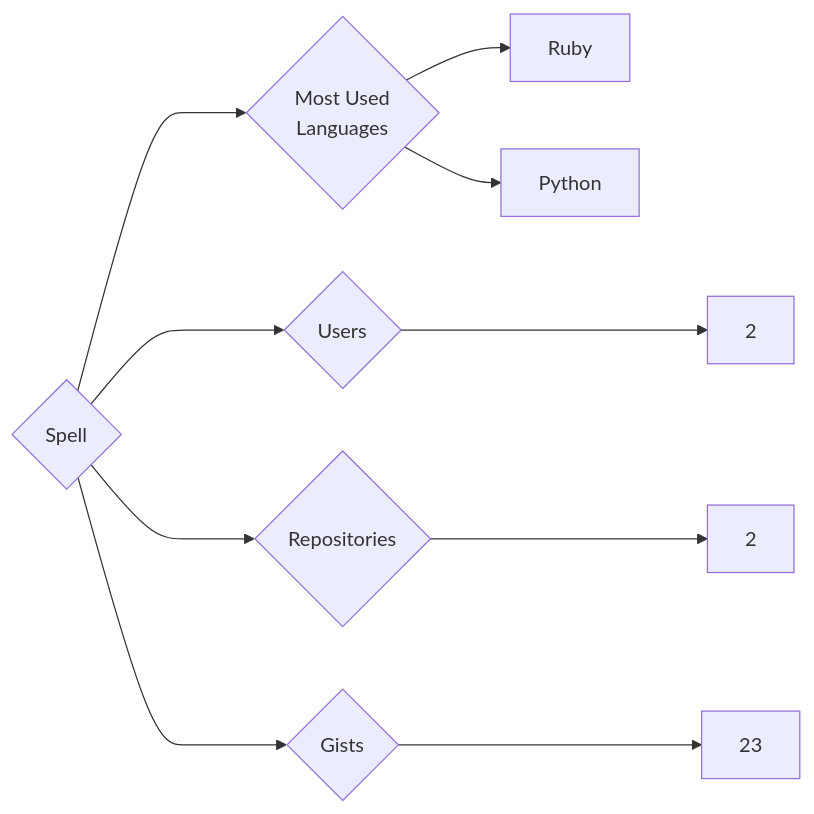
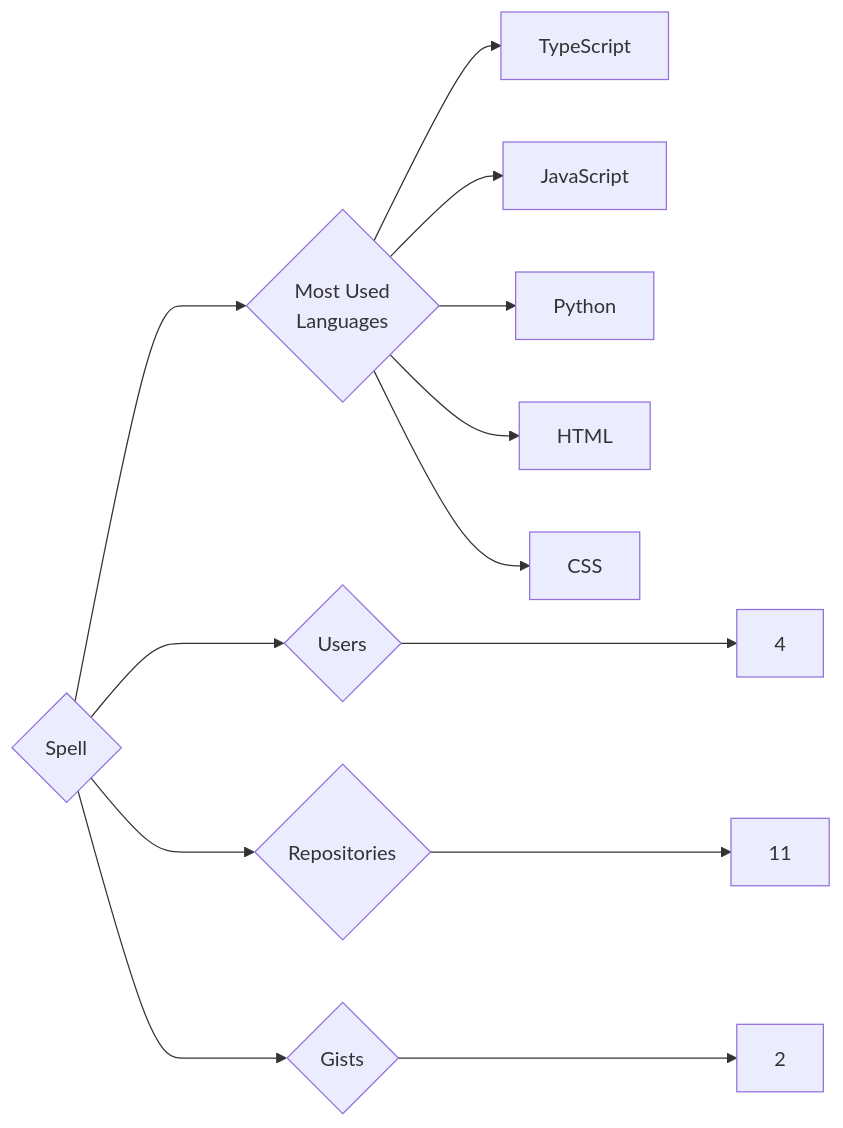
Before and after one commit to trickest/insiders: the diagram in targets/Spell/README.md, drawn with Mermaid. The commit also changed 995 other files, not shown here.

````diff
--- a/targets/Spell/README.md
+++ b/targets/Spell/README.md
@@ -3,10 +3,13 @@
 ```mermaid
 graph LR
 COMPANY_NAME{Spell}
-COMPANY_NAME ---> U{Users} ---> UN[2]
-COMPANY_NAME ---> R{Repositories} ---> RN[2]
-COMPANY_NAME ---> G{Gists} ---> GN[23]
+COMPANY_NAME ---> U{Users} ---> UN[4]
+COMPANY_NAME ---> R{Repositories} ---> RN[11]
+COMPANY_NAME ---> G{Gists} ---> GN[2]
 COMPANY_NAME ---> ML{Most Used<br>Languages}
-ML --> Ruby[Ruby]
+ML --> TypeScript[TypeScript]
+ML --> JavaScript[JavaScript]
 ML --> Python[Python]
+ML --> HTML[HTML]
+ML --> CSS[CSS]
 ```
````
